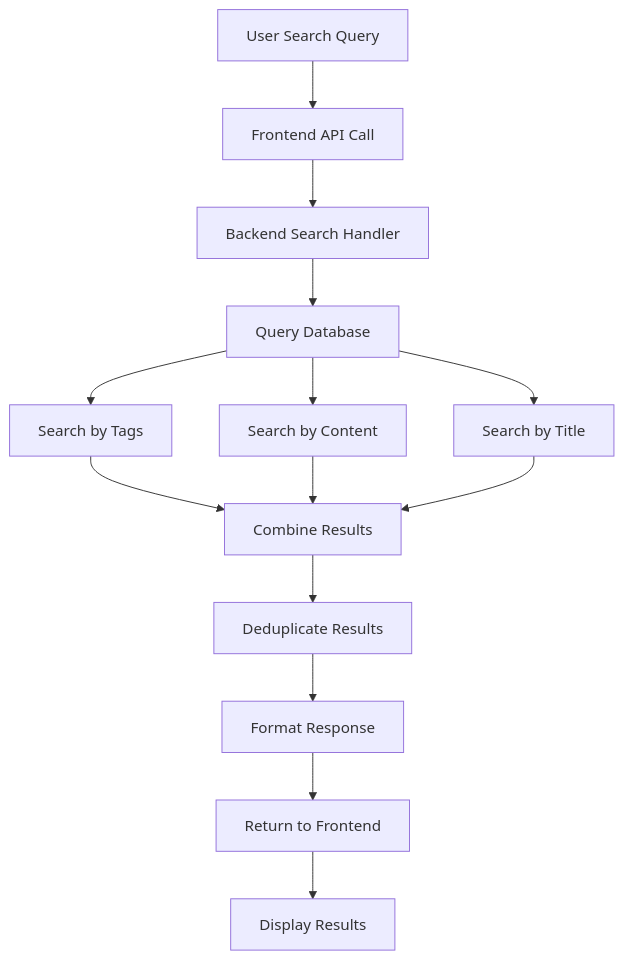
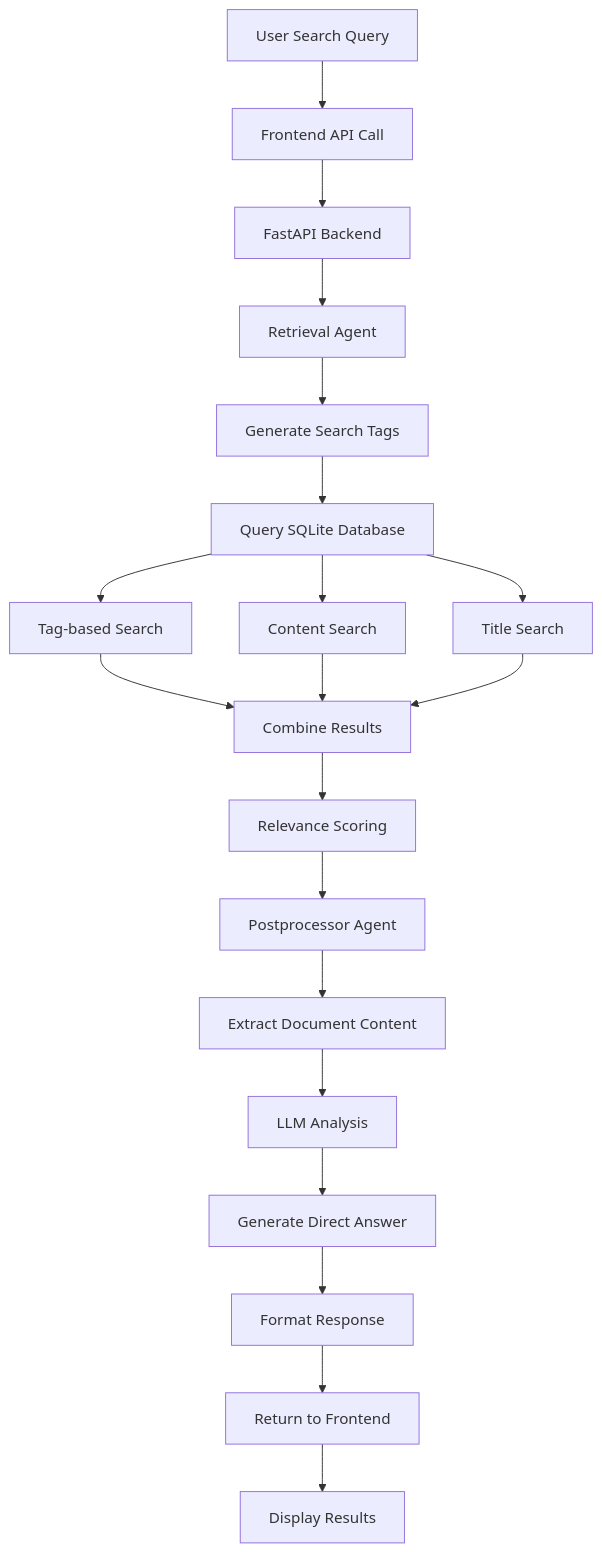
The second of 4 diagrams in ARCHITECTURE.md (yashasgc/ArgosOS), drawn with Mermaid before and after one commit. The commit also changed other lines of this file, not shown here.

First line of the commit message:
Update architecture documentation with agentic system design

````diff
--- a/ARCHITECTURE.md
+++ b/ARCHITECTURE.md
@@ -52,16 +212,22 @@
 ```mermaid
 graph TD
     A[User Search Query] --> B[Frontend API Call]
-    B --> C[Backend Search Handler]
-    C --> D[Query Database]
-    D --> E[Search by Tags]
-    D --> F[Search by Content]
-    D --> G[Search by Title]
-    E --> H[Combine Results]
-    F --> H
-    G --> H
-    H --> I[Deduplicate Results]
-    I --> J[Format Response]
-    J --> K[Return to Frontend]
-    K --> L[Display Results]
+    B --> C[FastAPI Backend]
+    C --> D[Retrieval Agent]
+    D --> E[Generate Search Tags]
+    E --> F[Query SQLite Database]
+    F --> G[Tag-based Search]
+    F --> H[Content Search]
+    F --> I[Title Search]
+    G --> J[Combine Results]
+    H --> J
+    I --> J
+    J --> K[Relevance Scoring]
+    K --> L[Postprocessor Agent]
+    L --> M[Extract Document Content]
+    M --> N[LLM Analysis]
+    N --> O[Generate Direct Answer]
+    O --> P[Format Response]
+    P --> Q[Return to Frontend]
+    Q --> R[Display Results]
 ```
````
